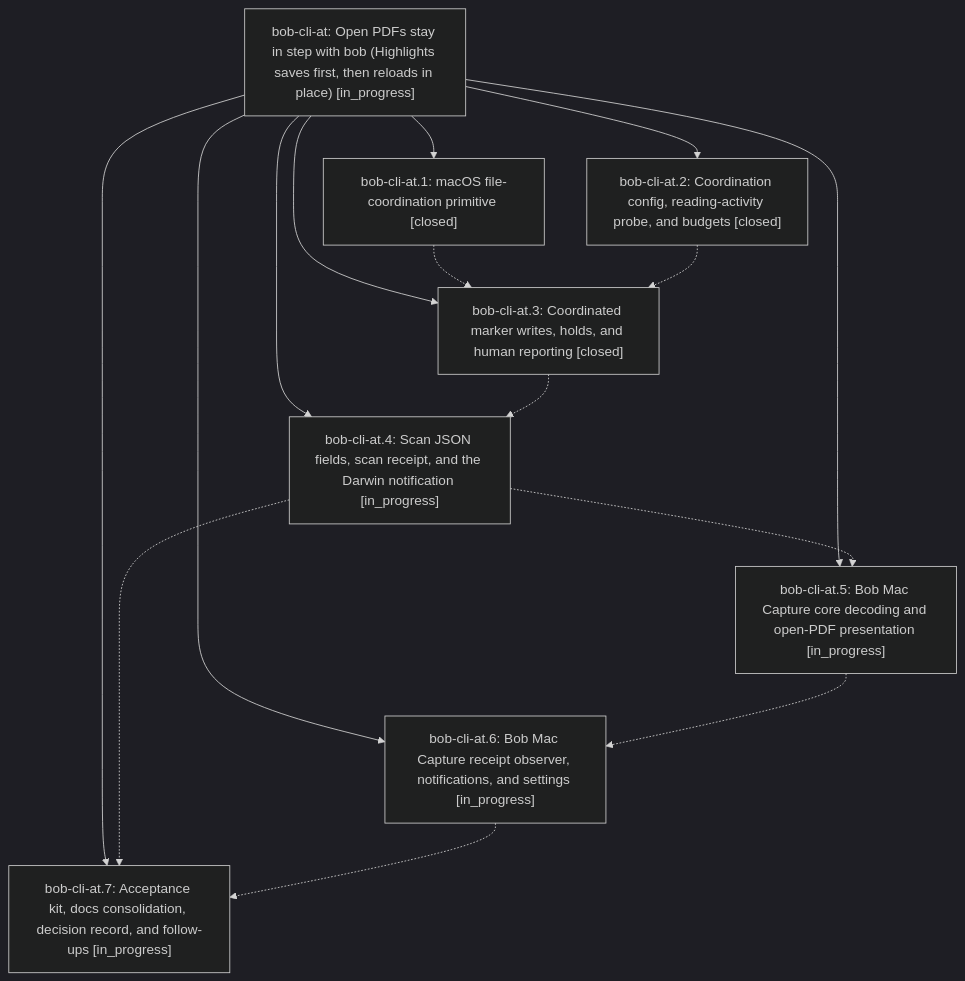
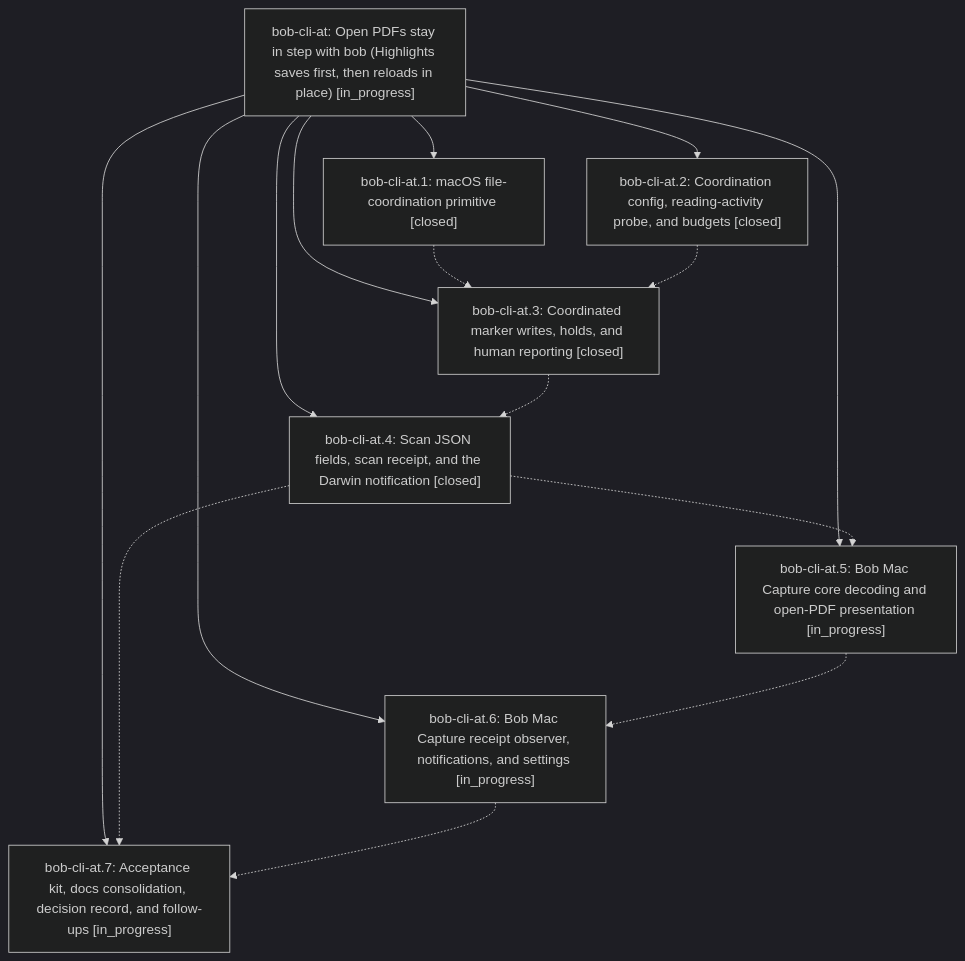
The diagram in pages/bob-cli-at/README.md (bobs-org/bob-cli--beads), drawn with Mermaid (dark theme) before and after one commit. The commit also changed other lines of this file and 4 other files, not shown here.

First line of the commit message:
chore(beads): sync bead state and pages for bob-cli-at

````diff
--- a/pages/bob-cli-at/README.md
+++ b/pages/bob-cli-at/README.md
@@ -42,25 +42,25 @@
 ```mermaid
 flowchart TD
     n0["bob-cli-at: Open PDFs stay in step with bob (Highlights saves first, then reloads in place) [in_progress]"]
     n1["bob-cli-at.1: macOS file-coordination primitive [closed]"]
     n2["bob-cli-at.2: Coordination config, reading-activity probe, and budgets [closed]"]
     n3["bob-cli-at.3: Coordinated marker writes, holds, and human reporting [closed]"]
-    n4["bob-cli-at.4: Scan JSON fields, scan receipt, and the Darwin notification [in_progress]"]
+    n4["bob-cli-at.4: Scan JSON fields, scan receipt, and the Darwin notification [closed]"]
     n5["bob-cli-at.5: Bob Mac Capture core decoding and open-PDF presentation [in_progress]"]
     n6["bob-cli-at.6: Bob Mac Capture receipt observer, notifications, and settings [in_progress]"]
     n7["bob-cli-at.7: Acceptance kit, docs consolidation, decision record, and follow-ups [in_progress]"]
     n0 --> n1
     n0 --> n2
     n0 --> n3
     n0 --> n4
     n0 --> n5
     n0 --> n6
     n0 --> n7
     n1 -.-> n3
     n2 -.-> n3
     n3 -.-> n4
     n4 -.-> n5
     n4 -.-> n7
     n5 -.-> n6
     n6 -.-> n7
 ```
````
